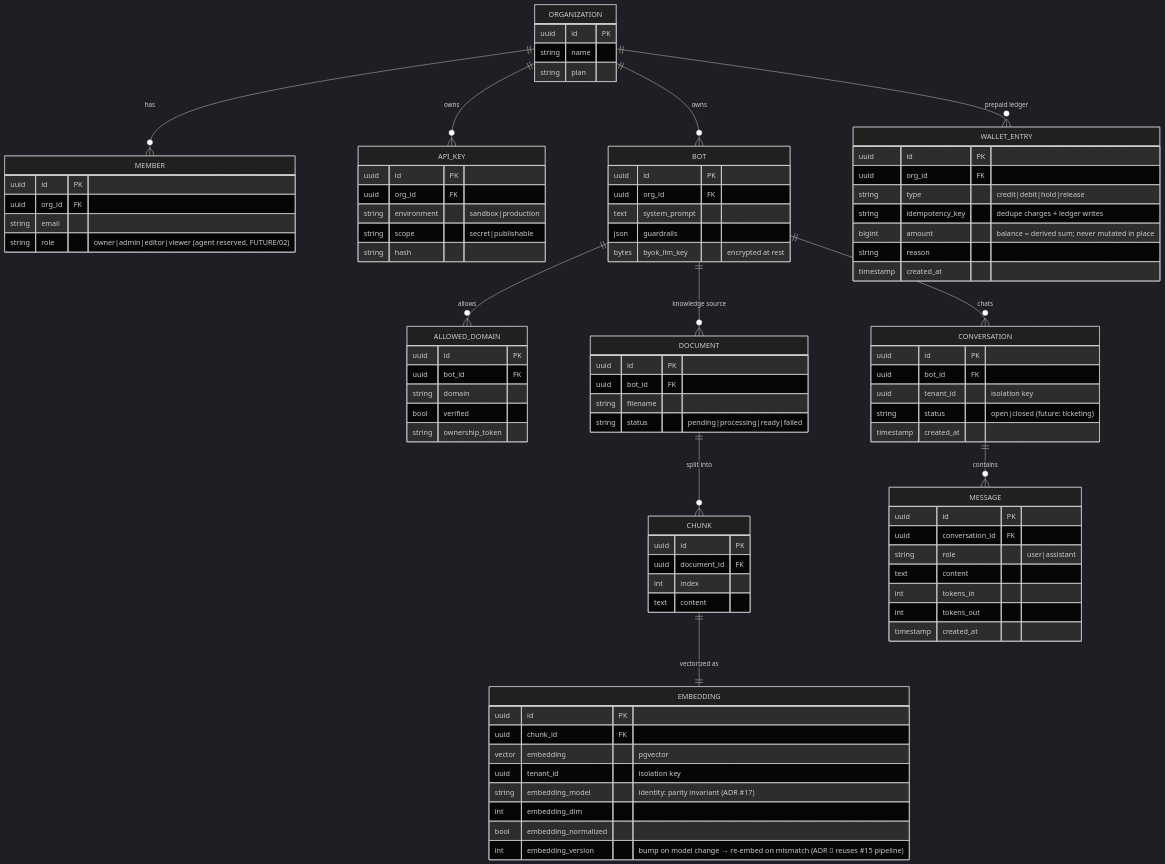
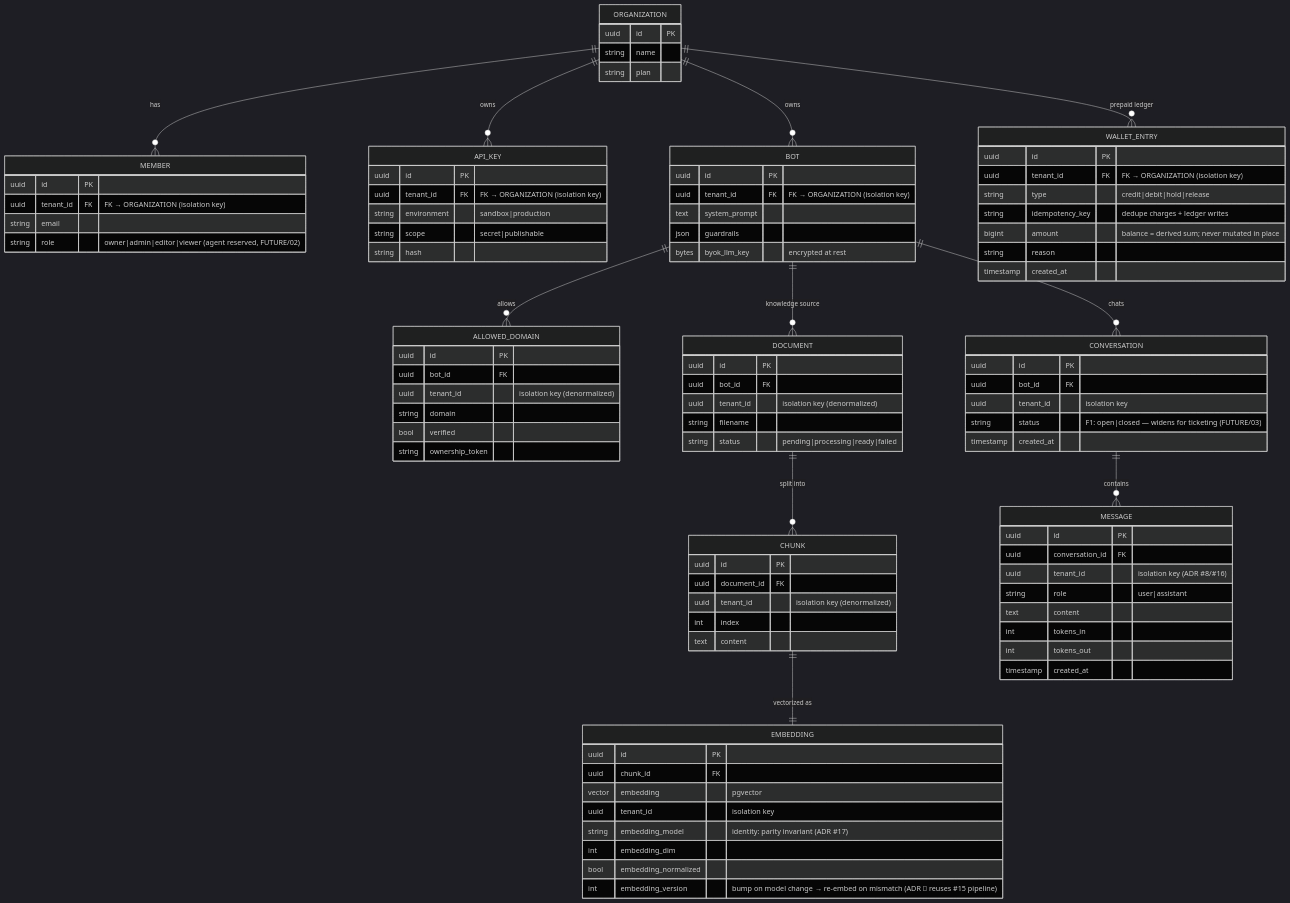
Before and after one commit to gabemule/ai-tests: the second of 6 diagrams in @todo/SAAS-CHATBOT/ARCHITECTURE.md, drawn with Mermaid (dark theme). The commit also changed other lines of this file and 6 other files, not shown here.

```diff
--- a/@todo/SAAS-CHATBOT/ARCHITECTURE.md
+++ b/@todo/SAAS-CHATBOT/ARCHITECTURE.md
@@ -124,20 +126,20 @@
     }
     MEMBER {
         uuid id PK
-        uuid org_id FK
+        uuid tenant_id FK "FK → ORGANIZATION (isolation key)"
         string email
         string role "owner|admin|editor|viewer (agent reserved, FUTURE/02)"
     }
     API_KEY {
         uuid id PK
-        uuid org_id FK
+        uuid tenant_id FK "FK → ORGANIZATION (isolation key)"
         string environment "sandbox|production"
         string scope "secret|publishable"
         string hash
     }
     BOT {
         uuid id PK
-        uuid org_id FK
+        uuid tenant_id FK "FK → ORGANIZATION (isolation key)"
         text system_prompt
         json guardrails
         bytes byok_llm_key "encrypted at rest"
@@ -145,6 +147,7 @@
     ALLOWED_DOMAIN {
         uuid id PK
         uuid bot_id FK
+        uuid tenant_id "isolation key (denormalized)"
         string domain
         bool verified
         string ownership_token
@@ -152,12 +155,14 @@
     DOCUMENT {
         uuid id PK
         uuid bot_id FK
+        uuid tenant_id "isolation key (denormalized)"
         string filename
         string status "pending|processing|ready|failed"
     }
     CHUNK {
         uuid id PK
         uuid document_id FK
+        uuid tenant_id "isolation key (denormalized)"
         int index
         text content
     }
@@ -175,12 +180,13 @@
         uuid id PK
         uuid bot_id FK
         uuid tenant_id "isolation key"
-        string status "open|closed (future: ticketing)"
+        string status "F1: open|closed — widens for ticketing (FUTURE/03)"
         timestamp created_at
     }
     MESSAGE {
         uuid id PK
         uuid conversation_id FK
+        uuid tenant_id "isolation key (ADR #8/#16)"
         string role "user|assistant"
         text content
         int tokens_in
@@ -189,7 +195,7 @@
     }
     WALLET_ENTRY {
         uuid id PK
-        uuid org_id FK
+        uuid tenant_id FK "FK → ORGANIZATION (isolation key)"
         string type "credit|debit|hold|release"
         string idempotency_key "dedupe charges + ledger writes"
         bigint amount "balance = derived sum; never mutated in place"
```
